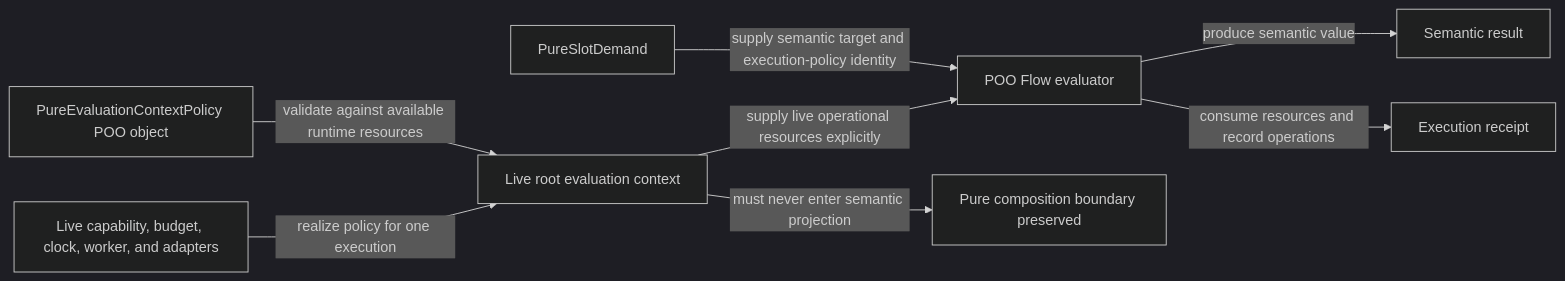
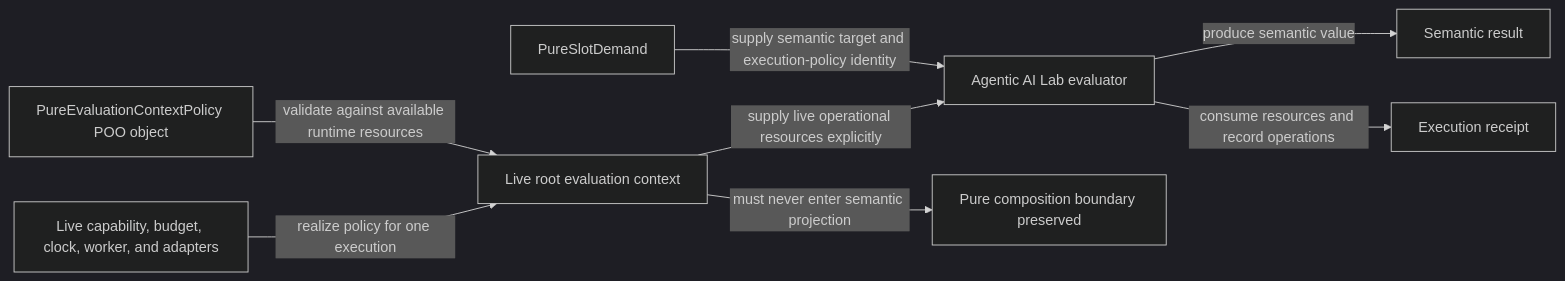
One commit to tao3k/gebril-yuanxu changed the second of 5 diagrams in module-system/design/45-51-live-evaluation-context-narrowing-and-resource-conservation.org. Above: the diagram before and after it, drawn with Mermaid (dark theme). The commit also changed 507 other files, not shown here.

```diff
--- a/module-system/design/45-51-live-evaluation-context-narrowing-and-resource-conservation.org
+++ b/module-system/design/45-51-live-evaluation-context-narrowing-and-resource-conservation.org
@@ -149,10 +149,10 @@
 #+begin_src mermaid
 flowchart LR
     P["PureEvaluationContextPolicy POO object"] -->|"validate against available runtime resources"| L["Live root evaluation context"]
     A["Live capability, budget, clock, worker, and adapters"] -->|"realize policy for one execution"| L
-    D["PureSlotDemand"] -->|"supply semantic target and execution-policy identity"| E["POO Flow evaluator"]
+    D["PureSlotDemand"] -->|"supply semantic target and execution-policy identity"| E["Agentic AI Lab evaluator"]
     L -->|"supply live operational resources explicitly"| E
     E -->|"produce semantic value"| S["Semantic result"]
     E -->|"consume resources and record operations"| R["Execution receipt"]
     L -->|"must never enter semantic projection"| X["Pure composition boundary preserved"]
 #+end_src
```
